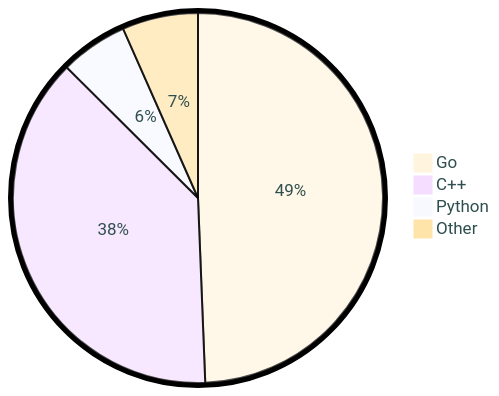
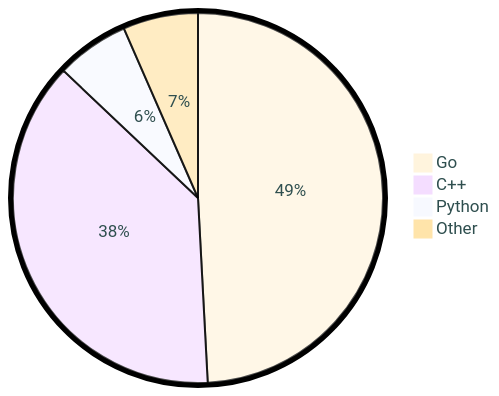
The diagram in README.md (tot0p/tot0p), drawn with Mermaid before and after one commit. The commit also changed other lines of this file, not shown here.

````diff
--- a/README.md
+++ b/README.md
@@ -87,8 +87,8 @@
 ```mermaid
 %%{init: {"pie": {"textPosition": 0.5}, "themeVariables": {"pieOuterStrokeWidth": "5px","primaryTextColor" : "#2F4F4F"},"theme":"base"} }%%
 pie
-	"Go": 49.38
-	"C++": 38.09
-	"Python": 5.91
-	"Other": 6.629999999999999
+	"Go": 49.17
+	"C++": 37.91
+	"Python": 6.38
+	"Other": 6.559999999999998
 ```
````
